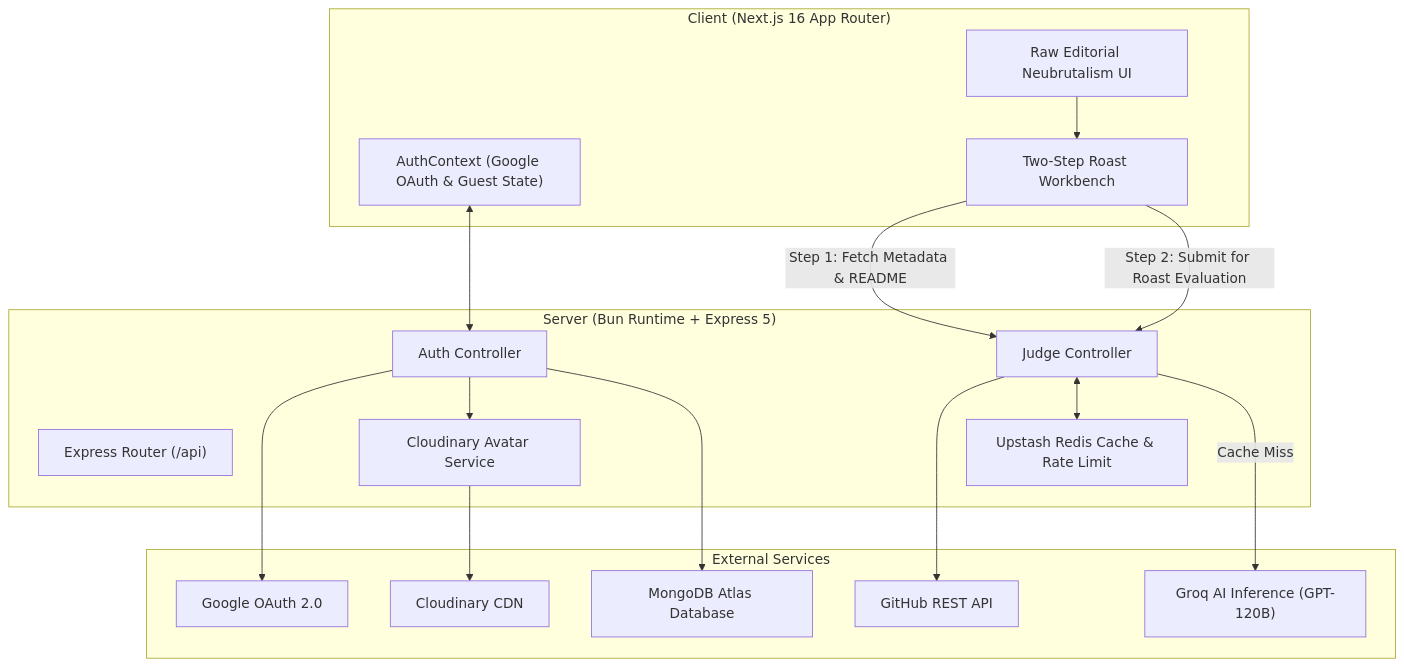
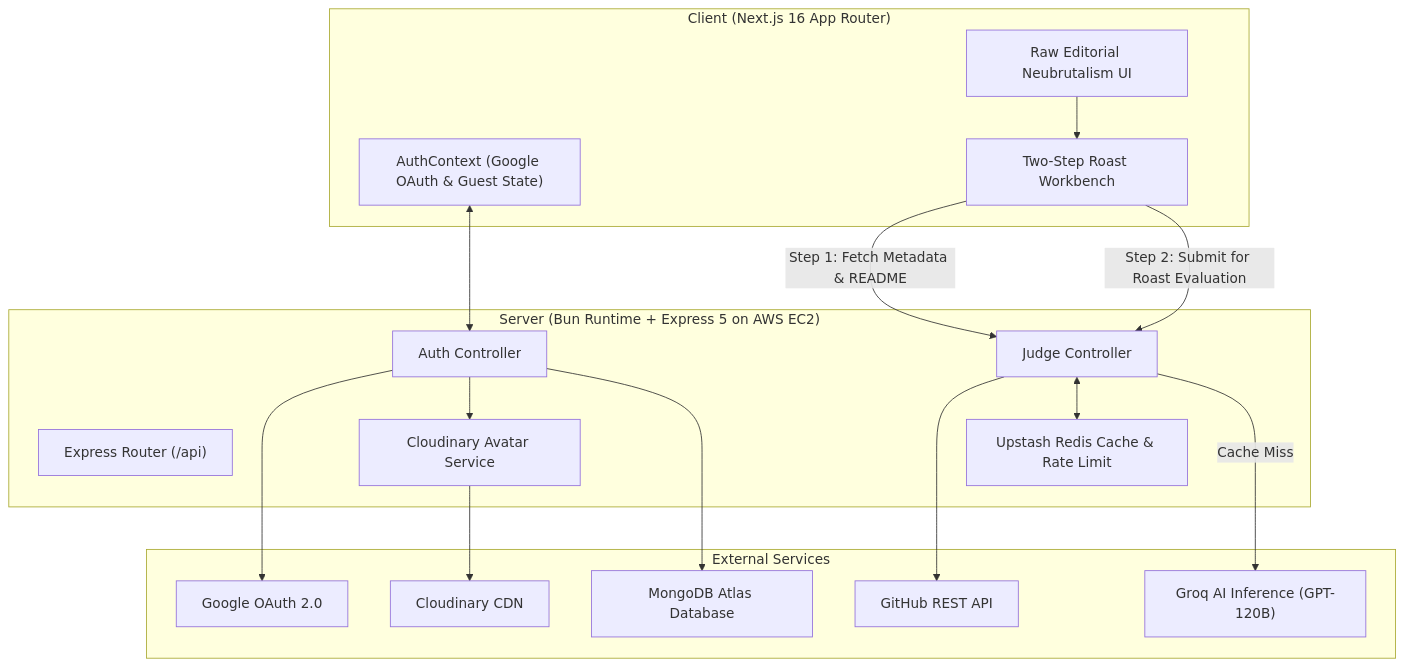
Before and after one commit to rishhbh/jaas: the diagram in README.md, drawn with Mermaid. The commit also changed other lines of this file, not shown here.

Commit message:
docs: document AWS EC2 deployment infrastructure and CI/CD workflow in README

````diff
--- a/README.md
+++ b/README.md
@@ -115,35 +125,35 @@
 ```mermaid
 flowchart TD
     subgraph Client ["Client (Next.js 16 App Router)"]
         UI["Raw Editorial Neubrutalism UI"]
         AuthCtx["AuthContext (Google OAuth & Guest State)"]
         RoastForm["Two-Step Roast Workbench"]
     end
 
-    subgraph Backend ["Server (Bun Runtime + Express 5)"]
+    subgraph Backend ["Server (Bun Runtime + Express 5 on AWS EC2)"]
         API["Express Router (/api)"]
         AuthCtrl["Auth Controller"]
         JudgeCtrl["Judge Controller"]
         CloudinarySvc["Cloudinary Avatar Service"]
         RedisSvc["Upstash Redis Cache & Rate Limit"]
     end
 
     subgraph External ["External Services"]
         GoogleOAuth["Google OAuth 2.0"]
         CloudinaryCDN["Cloudinary CDN"]
         GroqAI["Groq AI Inference (GPT-120B)"]
         GitHubAPI["GitHub REST API"]
         MongoDB["MongoDB Atlas Database"]
     end
 
     UI --> RoastForm
     AuthCtx <--> AuthCtrl
     AuthCtrl --> GoogleOAuth
     AuthCtrl --> CloudinarySvc --> CloudinaryCDN
     AuthCtrl --> MongoDB
 
     RoastForm -->|Step 1: Fetch Metadata & README| JudgeCtrl --> GitHubAPI
     RoastForm -->|Step 2: Submit for Roast Evaluation| JudgeCtrl
     JudgeCtrl <--> RedisSvc
     JudgeCtrl -->|Cache Miss| GroqAI
 ```
````
